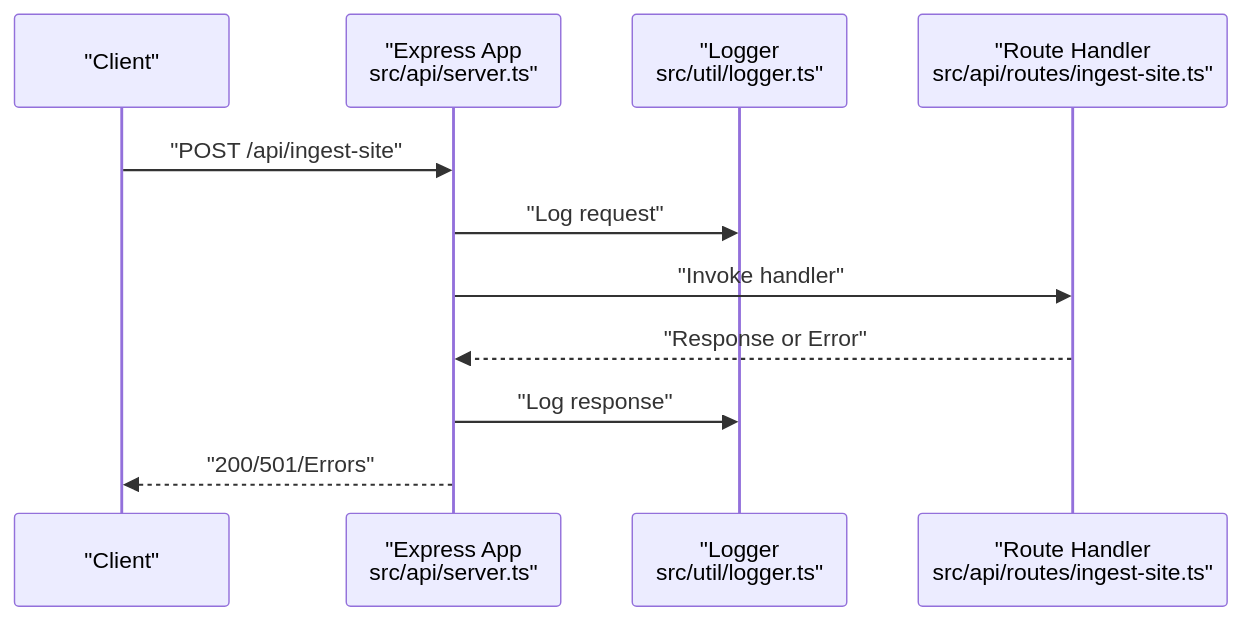
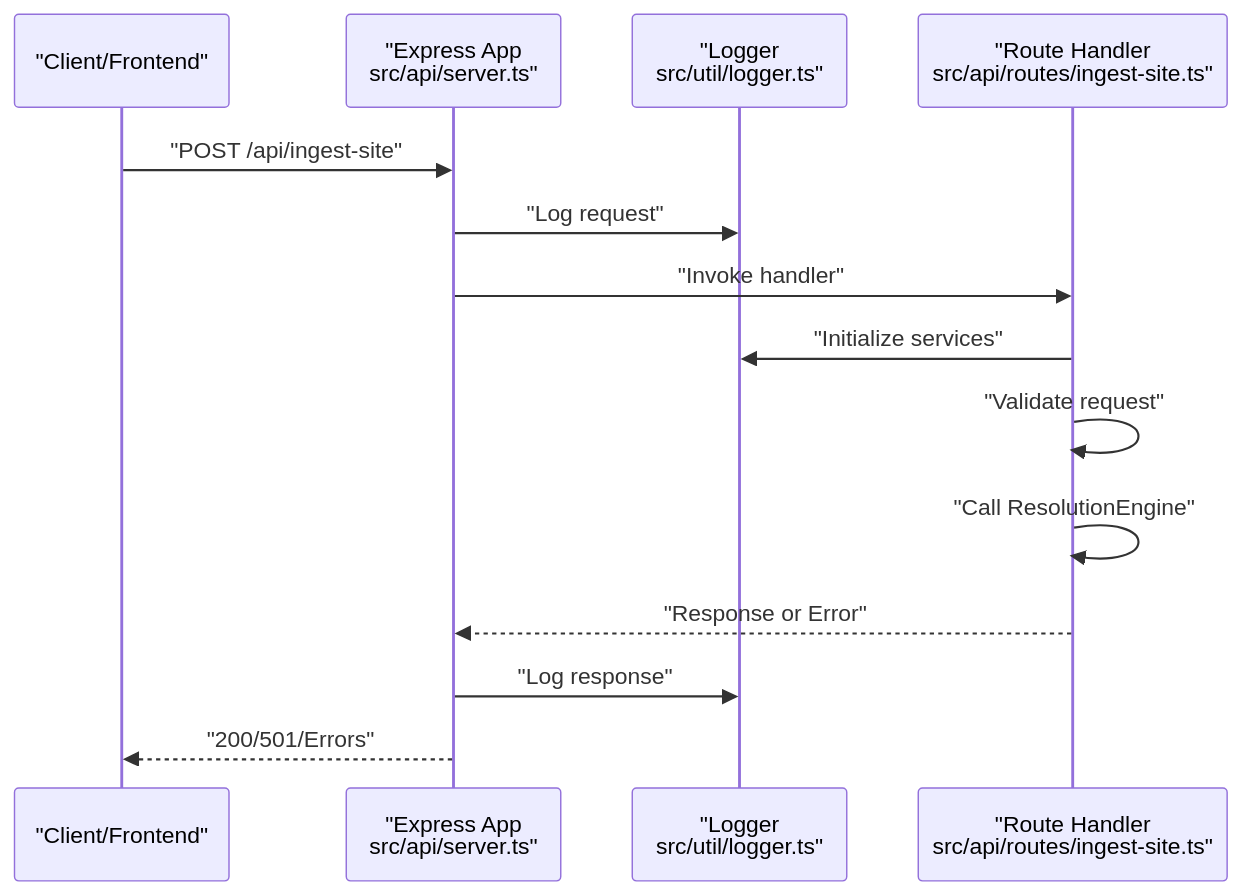
The third of 9 diagrams in .qoder/repowiki/en/content/Architecture Overview.md (vishnusaibhosekar/ares), drawn with Mermaid before and after one commit. The commit also changed other lines of this file and 21 other files, not shown here.

````diff
--- a/.qoder/repowiki/en/content/Architecture Overview.md
+++ b/.qoder/repowiki/en/content/Architecture Overview.md
@@ -160,13 +270,16 @@
 ```mermaid
 sequenceDiagram
-participant Client as "Client"
+participant Client as "Client/Frontend"
 participant Server as "Express App<br/>src/api/server.ts"
 participant Logger as "Logger<br/>src/util/logger.ts"
 participant Route as "Route Handler<br/>src/api/routes/ingest-site.ts"
 Client->>Server : "POST /api/ingest-site"
 Server->>Logger : "Log request"
 Server->>Route : "Invoke handler"
+Route->>Logger : "Initialize services"
+Route->>Route : "Validate request"
+Route->>Route : "Call ResolutionEngine"
 Route-->>Server : "Response or Error"
 Server->>Logger : "Log response"
 Server-->>Client : "200/501/Errors"
 ```
````
